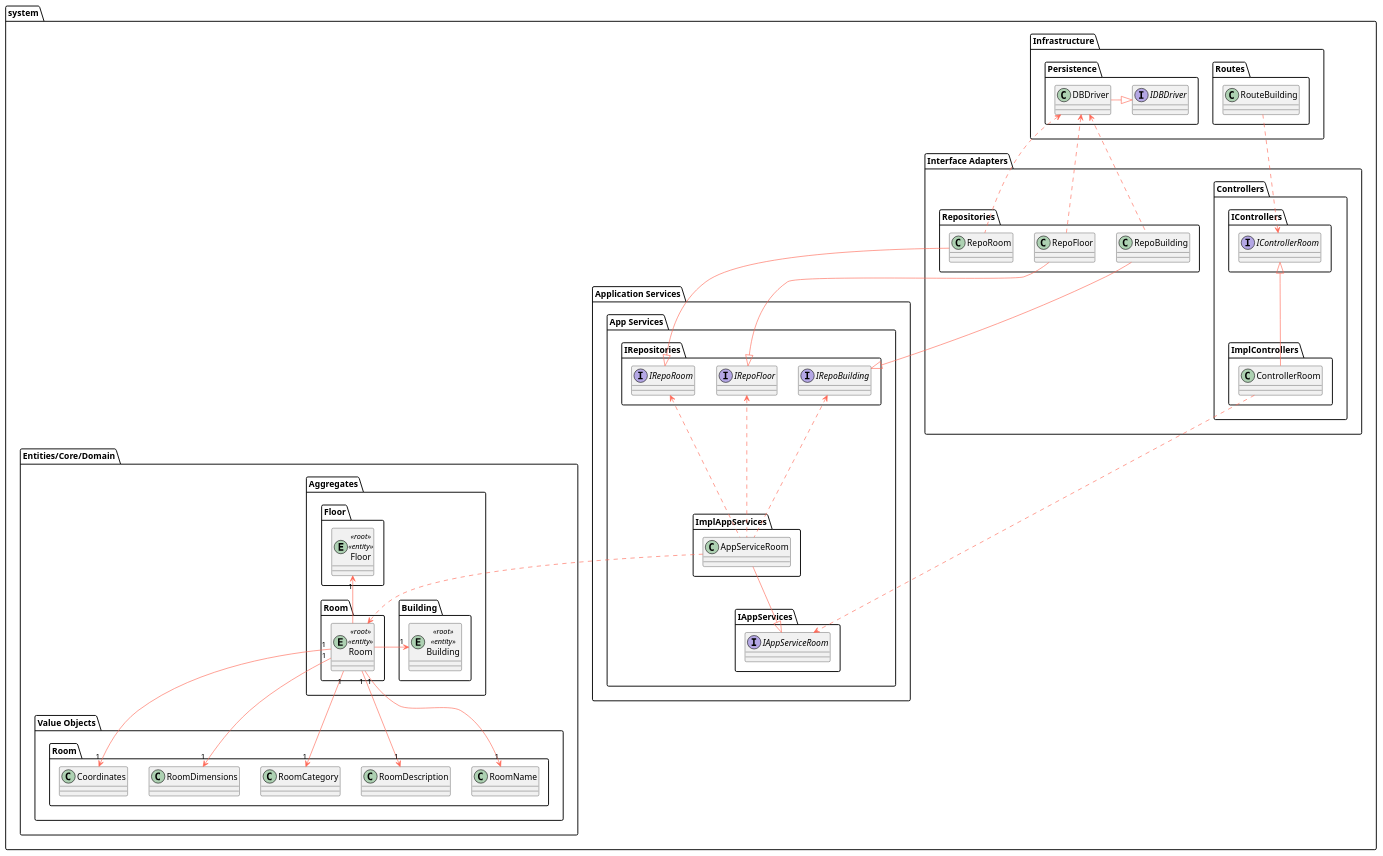
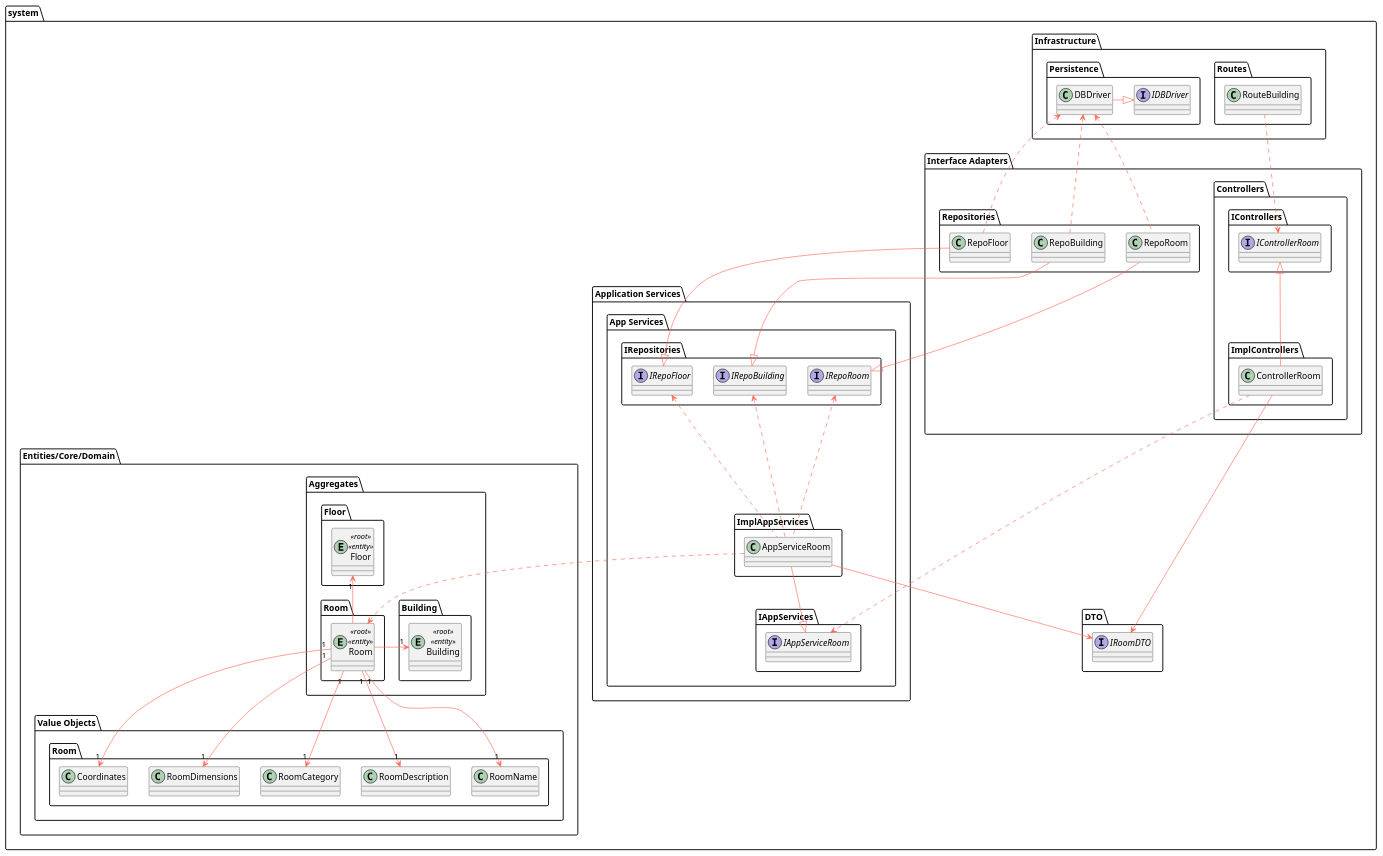
Before and after one commit to Departamento-de-Engenharia-Informatica/lapr5-23-24-g19: the diagram in docs/us310/level3/class-diagram.puml, drawn with PlantUML. The commit also changed 4 other files, not shown here.

```diff
--- a/docs/us310/level3/class-diagram.puml
+++ b/docs/us310/level3/class-diagram.puml
@@ -1,135 +1,140 @@
 @startuml
 
 skinparam component {
     FontSize 16
     BackgroundColor<<Apache>> LightCoral
     BorderColor<<Apache>> #FF6655
     FontName Courier
     BorderColor black
     BackgroundColor DeepSkyBlue
     ArrowFontName Impact
     ArrowColor #FF6655
 }
 
 package system {
     package "Infrastructure" {
         package "Routes" {
             class RouteBuilding
         }
 
         package "Persistence" {
             interface IDBDriver
             class DBDriver
         }
 
         DBDriver -right-|> IDBDriver
     }
 
     package "Interface Adapters" {
         package "Controllers" {
             package "IControllers" {
                 interface IControllerRoom
             }
 
             package "ImplControllers" {
                 class ControllerRoom
             }
             ControllerRoom -up-|> IControllerRoom
         }
 
         package "Repositories" {
             class RepoBuilding
             class RepoFloor
             class RepoRoom
 
         }
 
         RepoBuilding .up.> DBDriver
         RepoFloor .up.> DBDriver
         RepoRoom .up.> DBDriver
 
 
         RouteBuilding ..> IControllerRoom
     }
 
     package "Application Services" {
         package "App Services" {
             package "IAppServices" {
                 interface IAppServiceRoom
             }
 
             package "ImplAppServices" {
                 class AppServiceRoom
             }
 
             AppServiceRoom --|> IAppServiceRoom
 
             package "IRepositories" {
                 interface IRepoBuilding
                 interface IRepoFloor
                 interface IRepoRoom
 
             }
 
             RepoBuilding --|> IRepoBuilding
             RepoFloor --|> IRepoFloor
             RepoRoom --|> IRepoRoom
 
         }
 
         ControllerRoom ..> IAppServiceRoom
 
         AppServiceRoom .up.> IRepoBuilding
         AppServiceRoom .up.> IRepoFloor
         AppServiceRoom .up.> IRepoRoom
 
     }
 
     package "Entities/Core/Domain" {
         package "Aggregates" {
 
             package "Building" as a_building {
                         entity Building <<root>> <<entity>>
                     }
 
             package "Floor" as a_floor {
                         entity Floor <<root>> <<entity>>
                     }
 
 
             package "Room" as a_room {
                 entity Room <<root>> <<entity>>
             }
         }
 
 
 
         package "Value Objects" {
             package "Room" as vo_room {
                 class RoomName
                 class RoomDescription
                 class RoomCategory
                 class RoomDimensions
                 class Coordinates
             }
         }
 
 
         Room "1" --> "1" RoomName
         Room "1" --> "1" RoomDescription
         Room "1" --> "1" RoomCategory
         Room "1" --> "1" RoomDimensions
         Room "1" --> "1" Coordinates
 
         Room -left-> "1" Building
         Room -up-> "1" Floor
 
 
         AppServiceRoom ..> Room
 
         'package "Services" {
         '}
     }
+    package "DTO" {
+                  interface IRoomDTO
+            }
+            AppServiceRoom --> IRoomDTO
+            ControllerRoom -up-> IRoomDTO
 }
 
 @enduml
```
